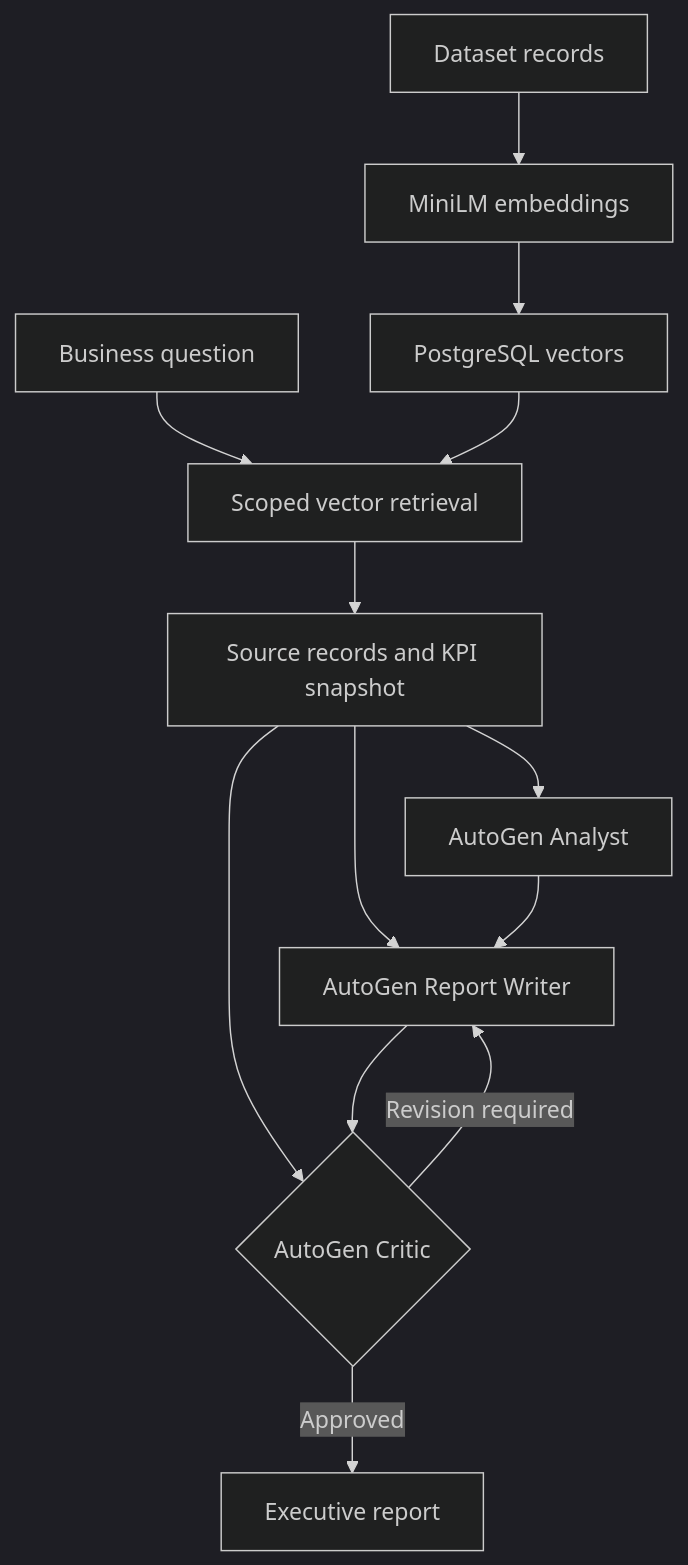
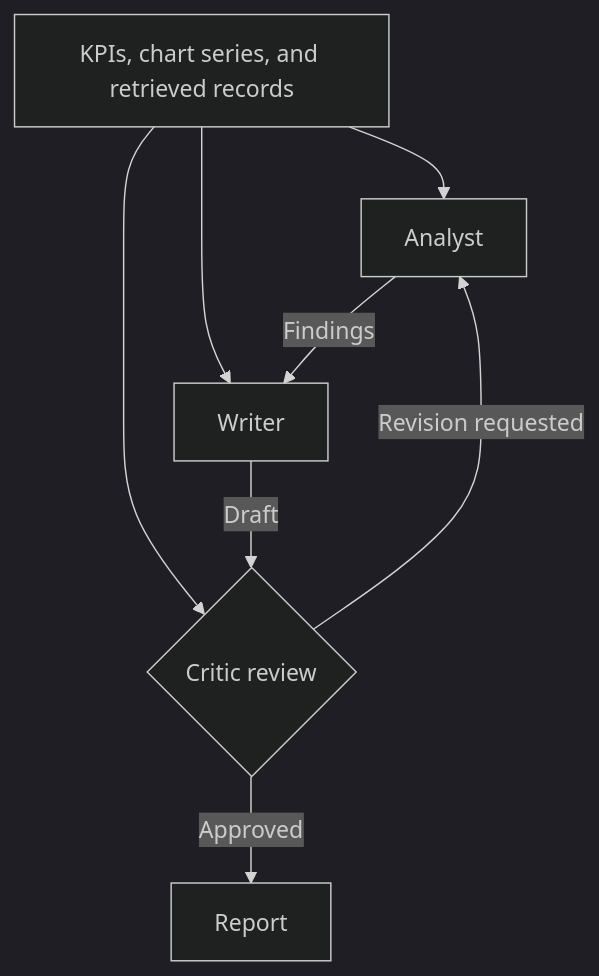
One commit to ayushaks9990/ReporT_New changed the first of 2 diagrams in README.md. Above: the diagram before and after it, drawn with Mermaid (dark theme). The commit also changed other lines of this file, not shown here.

````diff
--- a/README.md
+++ b/README.md
@@ -104,15 +86,10 @@
-~~~mermaid
+```mermaid
 flowchart TD
-    D["Dataset records"] --> E["MiniLM embeddings"]
-    E --> V["PostgreSQL vectors"]
-    Q["Business question"] --> R["Scoped vector retrieval"]
-    V --> R
-    R --> P["Source records and KPI snapshot"]
-    P --> A["AutoGen Analyst"]
-    P --> W["AutoGen Report Writer"]
-    P --> C{"AutoGen Critic"}
-    A --> W["AutoGen Report Writer"]
-    W --> C{"AutoGen Critic"}
-    C -->|Approved| O["Executive report"]
-    C -->|Revision required| W
-~~~
+    CTX["KPIs, chart series, and retrieved records"] --> A["Analyst"]
+    CTX --> W["Writer"]
+    CTX --> C{"Critic review"}
+    A -->|Findings| W
+    W -->|Draft| C
+    C -->|Approved| R["Report"]
+    C -->|Revision requested| A
+```
````
